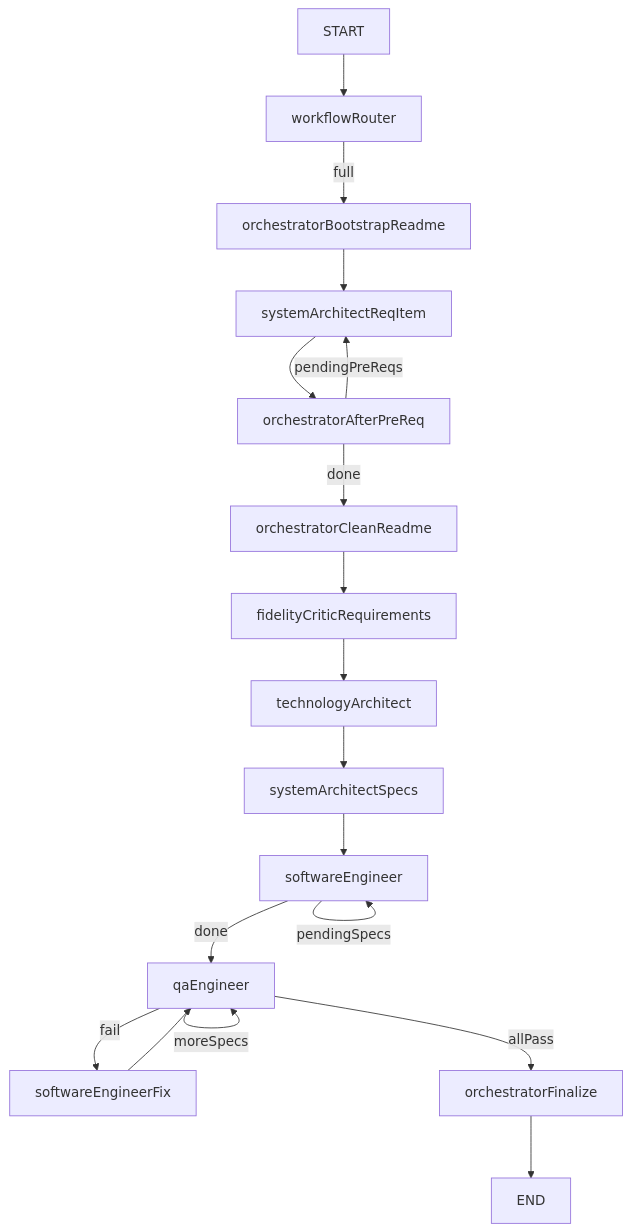
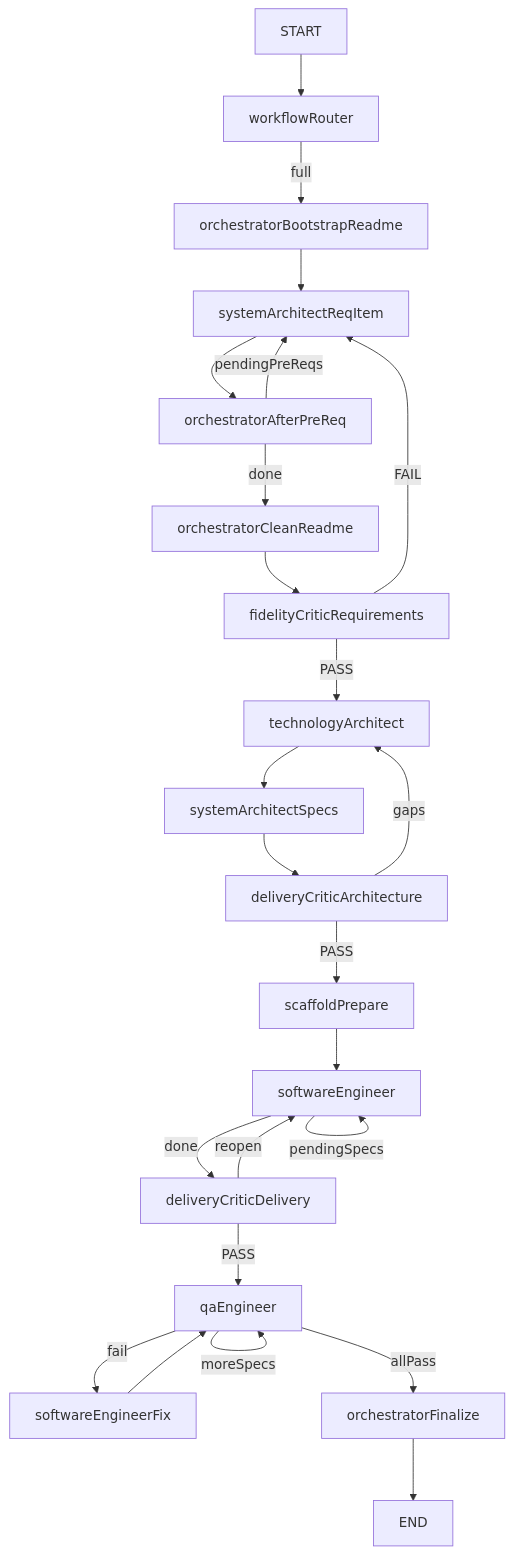
One commit to hilderney/dev-team-orchestrator-mcp changed the diagram in README.md. Above: the diagram before and after it, drawn with Mermaid. The commit also changed other lines of this file and 30 other files, not shown here.

````diff
--- a/README.md
+++ b/README.md
@@ -121,34 +140,43 @@
 ```mermaid
 flowchart TD
   startNode[START]
   router[workflowRouter]
   boot[orchestratorBootstrapReadme]
   saItem[systemArchitectReqItem]
   afterItem[orchestratorAfterPreReq]
   clean[orchestratorCleanReadme]
   fidelity[fidelityCriticRequirements]
   ta[technologyArchitect]
   saSpecs[systemArchitectSpecs]
+  archCritic[deliveryCriticArchitecture]
+  scaffold[scaffoldPrepare]
   se[softwareEngineer]
+  delCritic[deliveryCriticDelivery]
   qa[qaEngineer]
   seFix[softwareEngineerFix]
   finalize[orchestratorFinalize]
   endNode[END]
   startNode --> router
   router -->|full| boot
   boot --> saItem
   saItem --> afterItem
   afterItem -->|pendingPreReqs| saItem
   afterItem -->|done| clean
   clean --> fidelity
-  fidelity --> ta
+  fidelity -->|FAIL| saItem
+  fidelity -->|PASS| ta
   ta --> saSpecs
-  saSpecs --> se
+  saSpecs --> archCritic
+  archCritic -->|gaps| ta
+  archCritic -->|PASS| scaffold
+  scaffold --> se
   se -->|pendingSpecs| se
-  se -->|done| qa
+  se -->|done| delCritic
+  delCritic -->|reopen| se
+  delCritic -->|PASS| qa
   qa -->|fail| seFix
   seFix --> qa
   qa -->|moreSpecs| qa
   qa -->|allPass| finalize
   finalize --> endNode
 ```
````
